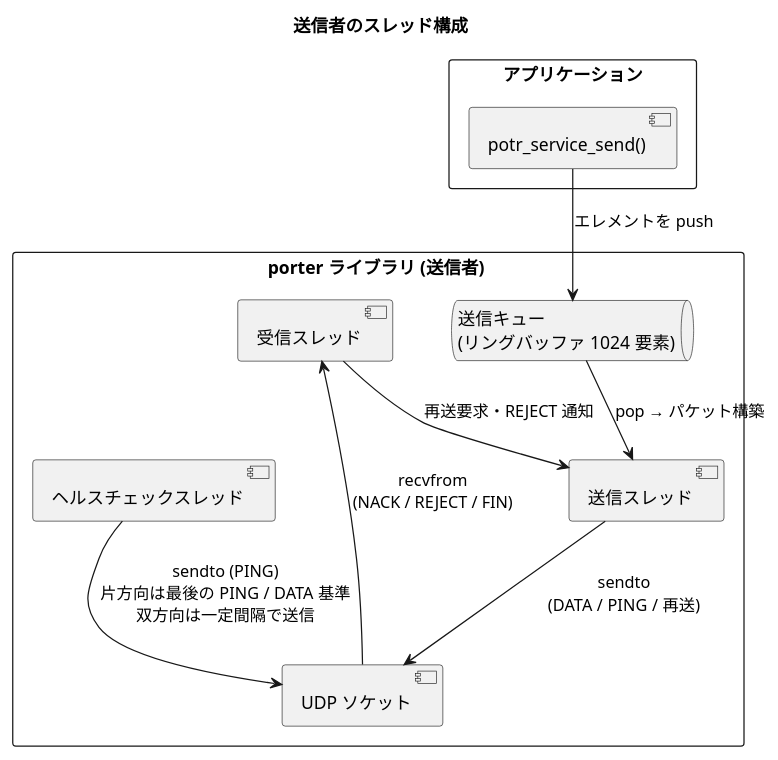
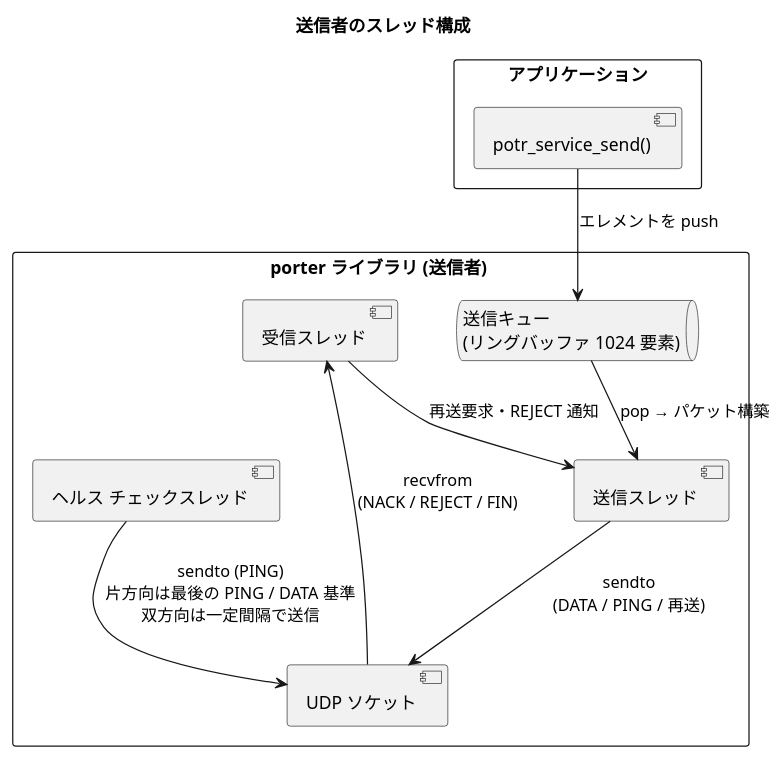
The first of 6 diagrams in docs/architecture.md (Hondarer/app_porter), drawn with PlantUML before and after one commit. The commit also changed other lines of this file and 73 other files, not shown here.

````diff
--- a/docs/architecture.md
+++ b/docs/architecture.md
@@ -55,24 +55,24 @@
 ```plantuml
 @startuml
 title 送信者のスレッド構成
 
 rectangle "アプリケーション" {
   [potr_service_send()]
 }
 
 rectangle "porter ライブラリ (送信者) " {
   queue "送信キュー\n(リングバッファ 1024 要素)" as Q
   [送信スレッド] as ST
   [受信スレッド] as RT
-  [ヘルスチェックスレッド] as HT
+  [ヘルス チェックスレッド] as HT
   [UDP ソケット] as SOCK
 }
 
 [potr_service_send()] --> Q : エレメントを push
 Q --> ST : pop → パケット構築
 ST --> SOCK : sendto\n(DATA / PING / 再送)
 RT <-- SOCK : recvfrom\n(NACK / REJECT / FIN)
 RT --> ST : 再送要求・REJECT 通知
 HT --> SOCK : sendto (PING)\n片方向は最後の PING / DATA 基準\n双方向は一定間隔で送信
 @enduml
 ```
````
